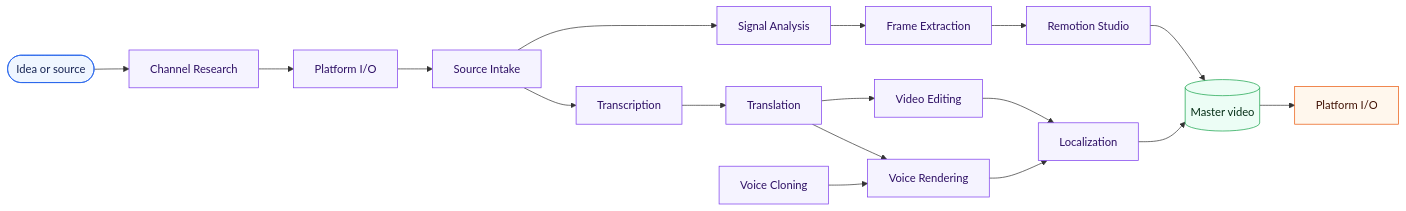
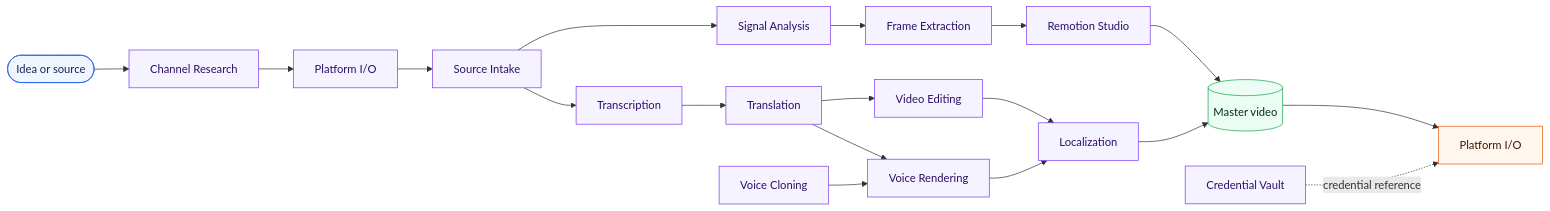
One commit to wohuishuo/cc-video-pipeline changed the first of 2 diagrams in README.md. Above: the diagram before and after it, drawn with Mermaid. The commit also changed other lines of this file and 31 other files, not shown here.

Commit message:
feat: add local credential vault MVP

````diff
--- a/README.md
+++ b/README.md
@@ -21,28 +21,29 @@
 ```mermaid
 flowchart LR
     idea([Idea or source]) --> research[Channel Research]
     research --> download[Platform I/O]
     download --> intake[Source Intake]
     intake --> transcribe[Transcription]
     transcribe --> translate[Translation]
     translate --> renderVoice[Voice Rendering]
     intake --> signals[Signal Analysis]
     signals --> frames[Frame Extraction]
     translate --> edit[Video Editing]
     frames --> studio[Remotion Studio]
     edit --> localize[Localization]
     voice[Voice Cloning] --> renderVoice
     renderVoice --> localize
     studio --> master[(Master video)]
     localize --> master
     master --> publish[Platform I/O]
+    vault[Credential Vault] -. credential reference .-> publish
 
     classDef source fill:#eff6ff,stroke:#2563eb,color:#172554;
     classDef app fill:#f5f3ff,stroke:#7c3aed,color:#2e1065;
     classDef artifact fill:#ecfdf5,stroke:#16a34a,color:#052e16;
     classDef external fill:#fff7ed,stroke:#ea580c,color:#431407;
     class idea source;
-    class research,download,intake,transcribe,translate,renderVoice,signals,frames,edit,studio,localize,voice app;
+    class research,download,intake,transcribe,translate,renderVoice,signals,frames,edit,studio,localize,voice,vault app;
     class master artifact;
     class publish external;
 ```
````
